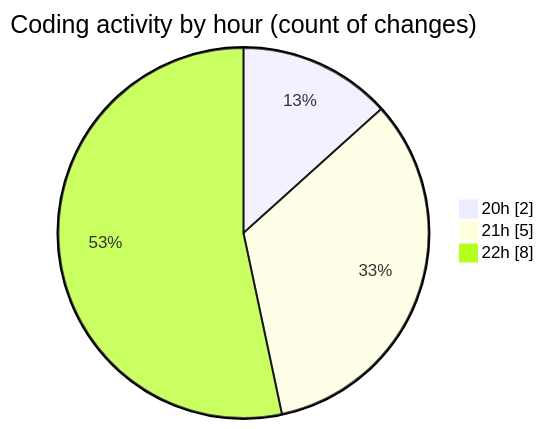
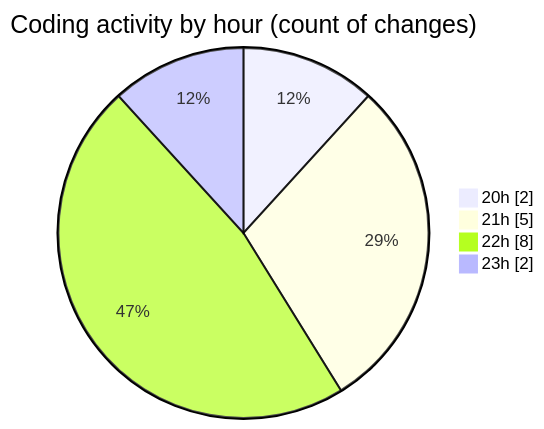
Before and after one commit to hasnaa123/code-tracking: the second of 2 diagrams in 2025-12-23/technologie_web/README.md, drawn with Mermaid. The commit also changed other lines of this file and 1 other file, not shown here.

````diff
--- a/2025-12-23/technologie_web/README.md
+++ b/2025-12-23/technologie_web/README.md
@@ -28,7 +28,8 @@
 ```mermaid
 pie showData
 title Coding activity by hour (count of changes)
 "20h" : 2
 "21h" : 5
 "22h" : 8
+"23h" : 2
 ```
````
